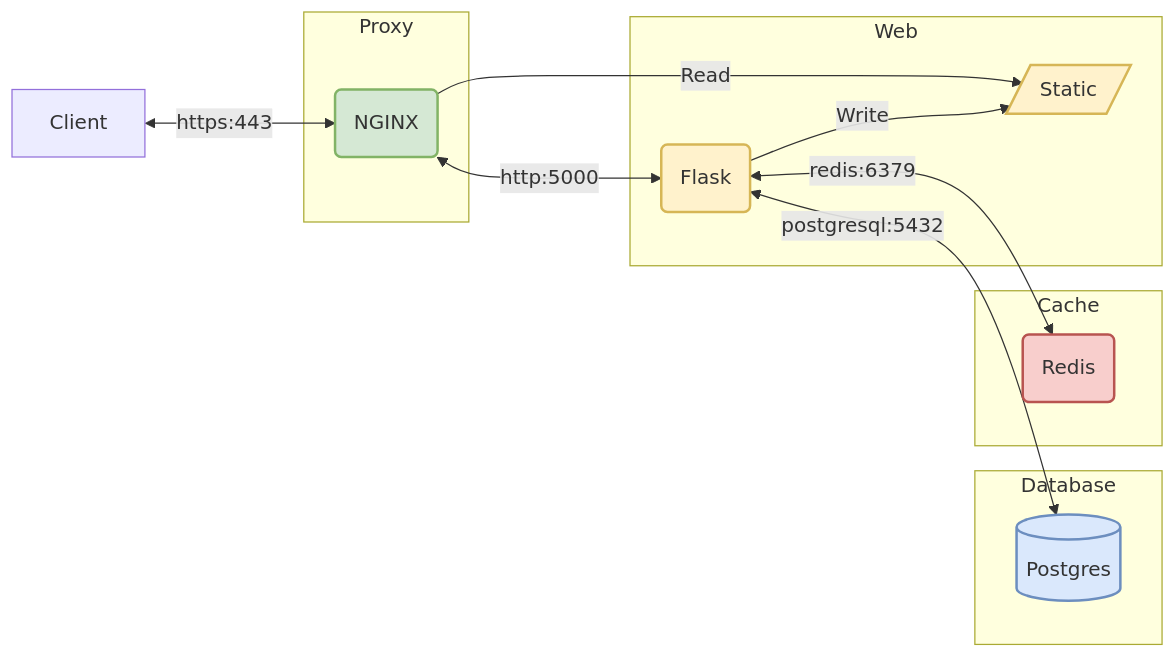
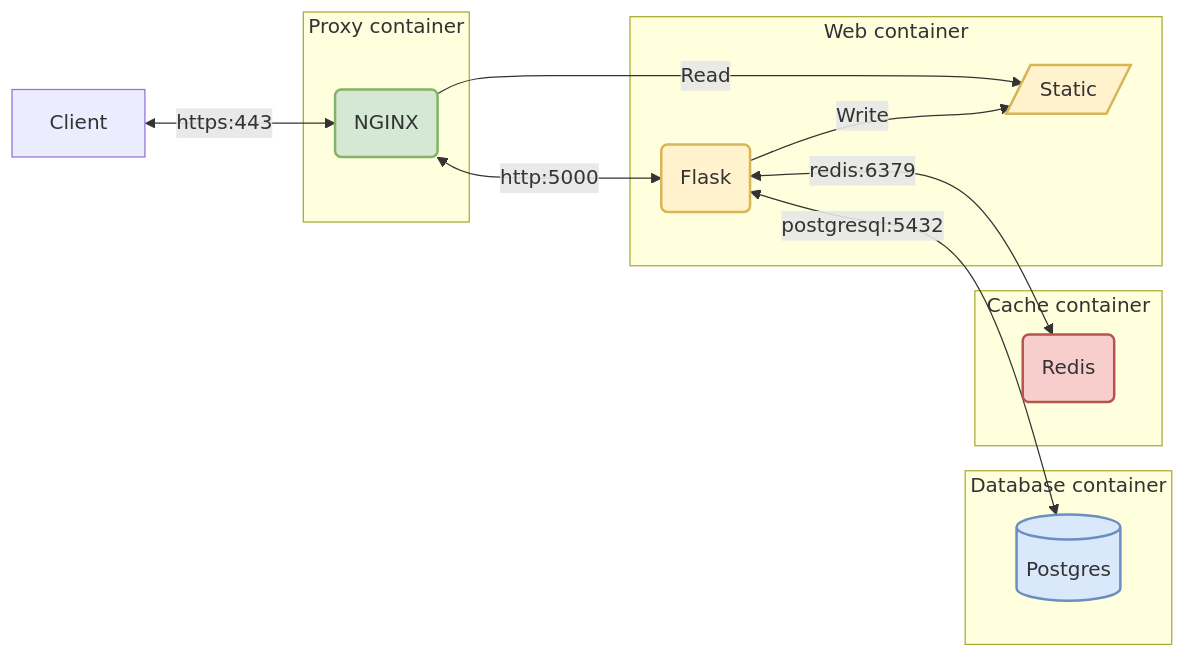
The diagram in README.md (LandRegistry/govuk-frontend-flask), drawn with Mermaid before and after one commit.

Commit message:
containers

````diff
--- a/README.md
+++ b/README.md
@@ -72,37 +72,37 @@
 ```mermaid
 flowchart LR
     cache1(Redis):::CACHE
     Client
     db1[(Postgres)]:::DB
     prox1(NGINX):::PROXY
     web1(Flask):::WEB
     web2[/Static/]:::WEB
 
     Client <-- https:443 --> prox1 <-- http:5000 --> web1
     prox1 -- Read --> web2
     web1 -- Write --> web2
     web1 <-- postgresql:5432 --> db1
     web1 <-- redis:6379 --> cache1
 
-    subgraph Proxy
+    subgraph Proxy container
         prox1
     end
 
-    subgraph Web
+    subgraph Web container
         web1
         web2
     end
 
-    subgraph Database
+    subgraph Database container
         db1
     end
 
-    subgraph Cache
+    subgraph Cache container
         cache1
     end
 
     classDef PROXY fill:#D5E8D4,stroke:#82B366,stroke-width:2px
     classDef WEB fill:#FFF2CC,stroke:#D6B656,stroke-width:2px
     classDef CACHE fill:#F8CECC,stroke:#B85450,stroke-width:2px
     classDef DB fill:#DAE8FC,stroke:#6C8EBF,stroke-width:2px
 ```
````
